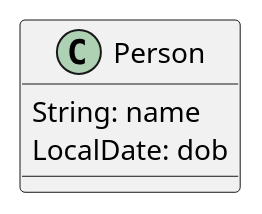
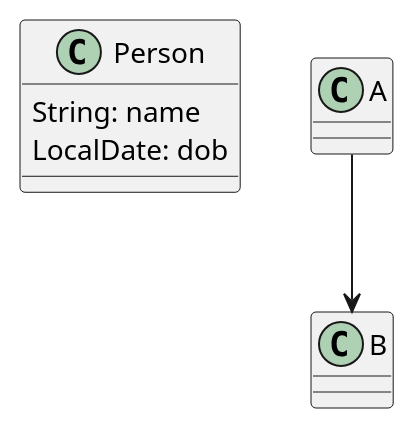
The diagram in src/docs/my-presentation/slide.adoc (htl-leonding/asciidoctor-reveal-demo), drawn with PlantUML before and after one commit. The commit also changed other lines of this file and 1 other file, not shown here.

Commit message:
changed them to white

```diff
--- a/src/docs/my-presentation/slide.adoc
+++ b/src/docs/my-presentation/slide.adoc
@@ -18,9 +11,12 @@
 [plantuml,png]
 ----
 @startuml
 class Person {
   String: name
   LocalDate: dob
 }
+
+A --> B
+
 @enduml
 ----
```
